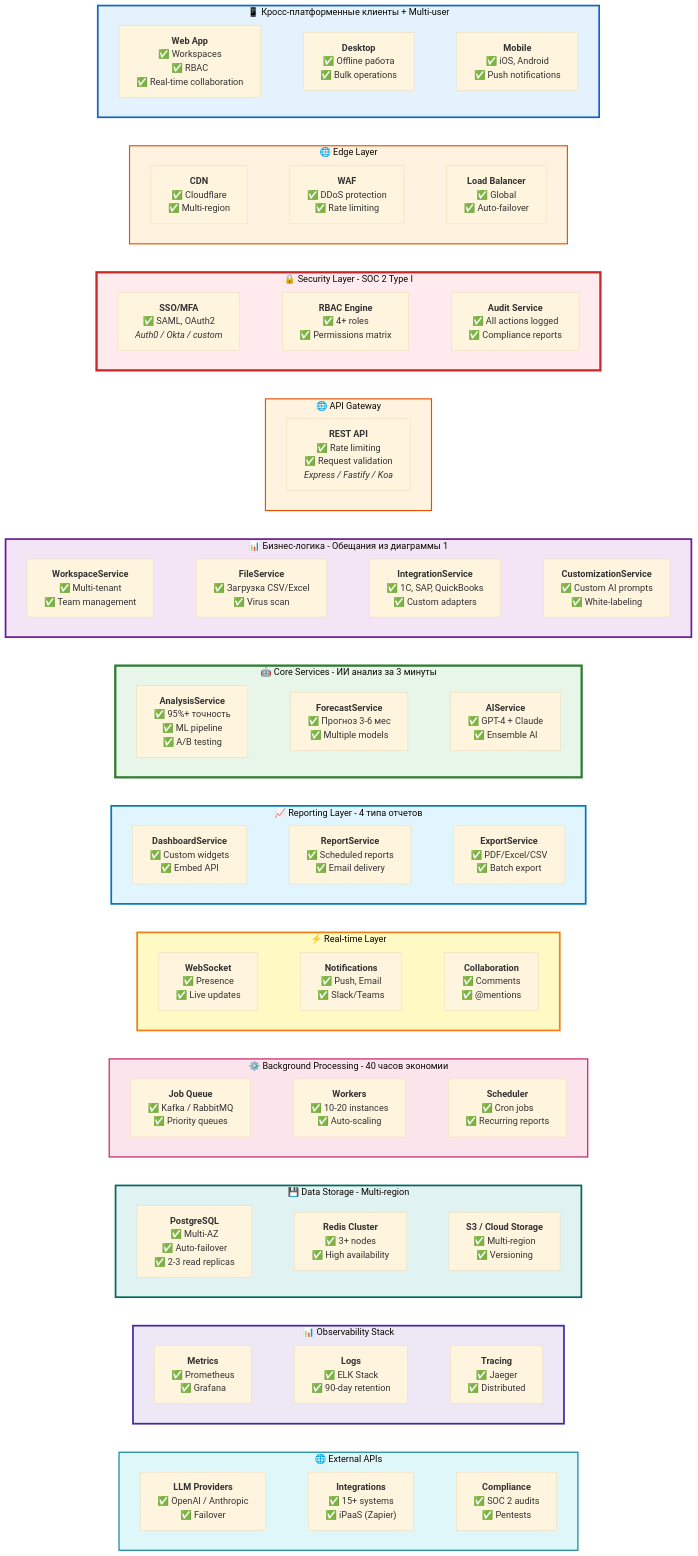
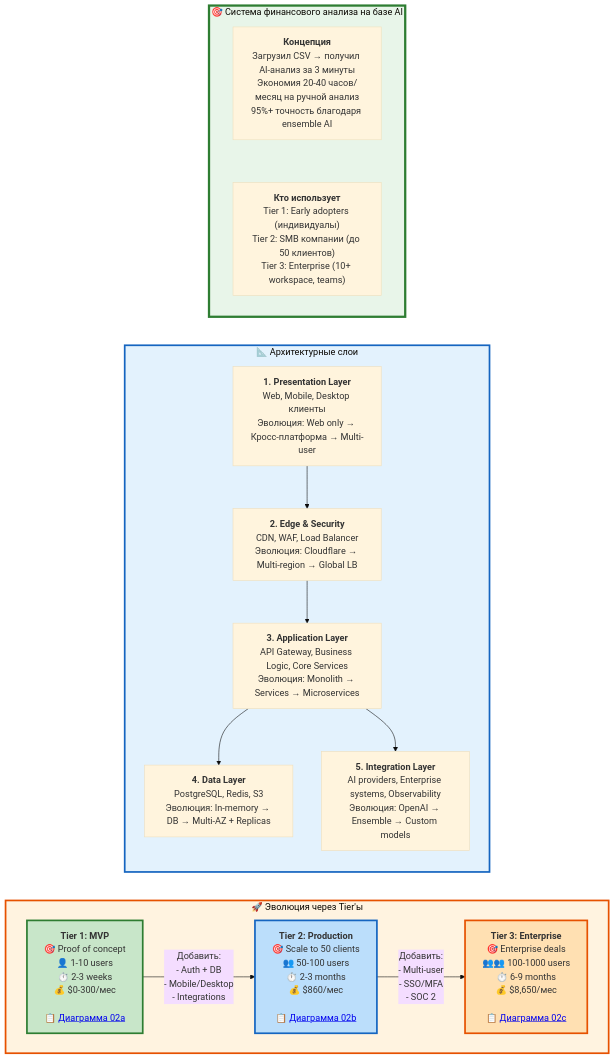
One commit to Ne4to777/financial-ai-analytics changed the diagram in mindmap/diagrams/02-system-architecture.md. Above: the diagram before and after it, drawn with Mermaid (base theme). The commit also changed other lines of this file, not shown here.

First line of the commit message:
refactor: rewrite 02-system-architecture.md as high-level overview

````diff
--- a/mindmap/diagrams/02-system-architecture.md
+++ b/mindmap/diagrams/02-system-architecture.md
@@ -5,150 +9,59 @@
 ```mermaid
 graph TB
-    subgraph clients ["📱 Кросс-платформенные клиенты + Multi-user"]
-        direction LR
-        web["<b>Web App</b><br/>✅ Workspaces<br/>✅ RBAC<br/>✅ Real-time collaboration"]
-        desktop["<b>Desktop</b><br/>✅ Offline работа<br/>✅ Bulk operations"]
-        mobile["<b>Mobile</b><br/>✅ iOS, Android<br/>✅ Push notifications"]
+    subgraph overview ["🎯 Система финансового анализа на базе AI"]
+        direction TB
         
-        web ~~~ desktop ~~~ mobile
+        concept["<b>Концепция</b><br/>Загрузил CSV → получил AI-анализ за 3 минуты<br/>Экономия 20-40 часов/месяц на ручной анализ<br/>95%+ точность благодаря ensemble AI"]
+        
+        users["<b>Кто использует</b><br/>Tier 1: Early adopters (индивидуалы)<br/>Tier 2: SMB компании (до 50 клиентов)<br/>Tier 3: Enterprise (10+ workspace, teams)"]
+        
+        concept ~~~ users
     end
     
-    clients ~~~ edge
+    overview ~~~ layers
     
-    subgraph edge ["🌐 Edge Layer"]
-        direction LR
-        cdn["<b>CDN</b><br/>✅ Cloudflare<br/>✅ Multi-region"]
-        waf["<b>WAF</b><br/>✅ DDoS protection<br/>✅ Rate limiting"]
-        lb["<b>Load Balancer</b><br/>✅ Global<br/>✅ Auto-failover"]
+    subgraph layers ["📐 Архитектурные слои"]
+        direction TB
         
-        cdn ~~~ waf ~~~ lb
+        presentation["<b>1. Presentation Layer</b><br/>Web, Mobile, Desktop клиенты<br/>Эволюция: Web only → Кросс-платформа → Multi-user"]
+        
+        edge["<b>2. Edge & Security</b><br/>CDN, WAF, Load Balancer<br/>Эволюция: Cloudflare → Multi-region → Global LB"]
+        
+        application["<b>3. Application Layer</b><br/>API Gateway, Business Logic, Core Services<br/>Эволюция: Monolith → Services → Microservices"]
+        
+        data["<b>4. Data Layer</b><br/>PostgreSQL, Redis, S3<br/>Эволюция: In-memory → DB → Multi-AZ + Replicas"]
+        
+        integration["<b>5. Integration Layer</b><br/>AI providers, Enterprise systems, Observability<br/>Эволюция: OpenAI → Ensemble → Custom models"]
+        
+        presentation --> edge
+        edge --> application
+        application --> data
+        application --> integration
     end
     
-    edge ~~~ security
+    layers ~~~ tiers
     
-    subgraph security ["🔒 Security Layer - SOC 2 Type I"]
+    subgraph tiers ["🚀 Эволюция через Tier'ы"]
         direction LR
-        sso["<b>SSO/MFA</b><br/>✅ SAML, OAuth2<br/><i>Auth0 / Okta / custom</i>"]
-        rbac["<b>RBAC Engine</b><br/>✅ 4+ roles<br/>✅ Permissions matrix"]
-        audit["<b>Audit Service</b><br/>✅ All actions logged<br/>✅ Compliance reports"]
         
-        sso ~~~ rbac ~~~ audit
+        tier1["<b>Tier 1: MVP</b><br/>🎯 Proof of concept<br/>👤 1-10 users<br/>⏱️ 2-3 weeks<br/>💰 $0-300/мес<br/><br/>📋 <a href='?diagram=02a'>Диаграмма 02a</a>"]
+        
+        tier2["<b>Tier 2: Production</b><br/>🎯 Scale to 50 clients<br/>👥 50-100 users<br/>⏱️ 2-3 months<br/>💰 $860/мес<br/><br/>📋 <a href='?diagram=02b'>Диаграмма 02b</a>"]
+        
+        tier3["<b>Tier 3: Enterprise</b><br/>🎯 Enterprise deals<br/>👥👥 100-1000 users<br/>⏱️ 6-9 months<br/>💰 $8,650/мес<br/><br/>📋 <a href='?diagram=02c'>Диаграмма 02c</a>"]
+        
+        tier1 -->|"Добавить:<br/>- Auth + DB<br/>- Mobile/Desktop<br/>- Integrations"| tier2
+        tier2 -->|"Добавить:<br/>- Multi-user<br/>- SSO/MFA<br/>- SOC 2"| tier3
     end
     
-    security ~~~ api
+    click tier1 "?diagram=02a" "Перейти к Tier 1 MVP"
+    click tier2 "?diagram=02b" "Перейти к Tier 2 Production"
+    click tier3 "?diagram=02c" "Перейти к Tier 3 Enterprise"
     
-    subgraph api ["🌐 API Gateway"]
-        direction LR
-        routes["<b>REST API</b><br/>✅ Rate limiting<br/>✅ Request validation<br/><i>Express / Fastify / Koa</i>"]
-    end
-    
-    api ~~~ businessLogic
-    
-    subgraph businessLogic ["📊 Бизнес-логика - Обещания из диаграммы 1"]
-        direction LR
-        
-        workspace["<b>WorkspaceService</b><br/>✅ Multi-tenant<br/>✅ Team management"]
-        upload["<b>FileService</b><br/>✅ Загрузка CSV/Excel<br/>✅ Virus scan"]
-        integration["<b>IntegrationService</b><br/>✅ 1C, SAP, QuickBooks<br/>✅ Custom adapters"]
-        custom["<b>CustomizationService</b><br/>✅ Custom AI prompts<br/>✅ White-labeling"]
-        
-        workspace ~~~ upload ~~~ integration ~~~ custom
-    end
-    
-    businessLogic ~~~ coreServices
-    
-    subgraph coreServices ["🤖 Core Services - ИИ анализ за 3 минуты"]
-        direction LR
-        
-        analysis["<b>AnalysisService</b><br/>✅ 95%+ точность<br/>✅ ML pipeline<br/>✅ A/B testing"]
-        forecast["<b>ForecastService</b><br/>✅ Прогноз 3-6 мес<br/>✅ Multiple models"]
-        ai["<b>AIService</b><br/>✅ GPT-4 + Claude<br/>✅ Ensemble AI"]
-        
-        analysis ~~~ forecast ~~~ ai
-    end
-    
-    coreServices ~~~ reporting
-    
-    subgraph reporting ["📈 Reporting Layer - 4 типа отчетов"]
-        direction LR
-        
-        dashboard["<b>DashboardService</b><br/>✅ Custom widgets<br/>✅ Embed API"]
-        reports["<b>ReportService</b><br/>✅ Scheduled reports<br/>✅ Email delivery"]
-        export["<b>ExportService</b><br/>✅ PDF/Excel/CSV<br/>✅ Batch export"]
-        
-        dashboard ~~~ reports ~~~ export
-    end
-    
-    reporting ~~~ realtime
-    
-    subgraph realtime ["⚡ Real-time Layer"]
-        direction LR
-        
-        ws["<b>WebSocket</b><br/>✅ Presence<br/>✅ Live updates"]
-        notifications["<b>Notifications</b><br/>✅ Push, Email<br/>✅ Slack/Teams"]
-        collab["<b>Collaboration</b><br/>✅ Comments<br/>✅ @mentions"]
-        
-        ws ~~~ notifications ~~~ collab
-    end
-    
-    realtime ~~~ queue
-    
-    subgraph queue ["⚙️ Background Processing - 40 часов экономии"]
-        direction LR
-        
-        jobs["<b>Job Queue</b><br/>✅ Kafka / RabbitMQ<br/>✅ Priority queues"]
-        workers["<b>Workers</b><br/>✅ 10-20 instances<br/>✅ Auto-scaling"]
-        scheduler["<b>Scheduler</b><br/>✅ Cron jobs<br/>✅ Recurring reports"]
-        
-        jobs ~~~ workers ~~~ scheduler
-    end
-    
-    queue ~~~ storage
-    
-    subgraph storage ["💾 Data Storage - Multi-region"]
-        direction LR
-        
-        db["<b>PostgreSQL</b><br/>✅ Multi-AZ<br/>✅ Auto-failover<br/>✅ 2-3 read replicas"]
-        redis["<b>Redis Cluster</b><br/>✅ 3+ nodes<br/>✅ High availability"]
-        s3["<b>S3 / Cloud Storage</b><br/>✅ Multi-region<br/>✅ Versioning"]
-        
-        db ~~~ redis ~~~ s3
-    end
-    
-    storage ~~~ monitoring
-    
-    subgraph monitoring ["📊 Observability Stack"]
-        direction LR
-        
-        metrics["<b>Metrics</b><br/>✅ Prometheus<br/>✅ Grafana"]
-        logs["<b>Logs</b><br/>✅ ELK Stack<br/>✅ 90-day retention"]
-        traces["<b>Tracing</b><br/>✅ Jaeger<br/>✅ Distributed"]
-        
-        metrics ~~~ logs ~~~ traces
-    end
-    
-    monitoring ~~~ external
-    
-    subgraph external ["🌐 External APIs"]
-        direction LR
-        
-        llm["<b>LLM Providers</b><br/>✅ OpenAI / Anthropic<br/>✅ Failover"]
-        integrations["<b>Integrations</b><br/>✅ 15+ systems<br/>✅ iPaaS (Zapier)"]
-        compliance["<b>Compliance</b><br/>✅ SOC 2 audits<br/>✅ Pentests"]
-        
-        llm ~~~ integrations ~~~ compliance
-    end
-    
-    style clients fill:#e3f2fd,stroke:#1565c0,stroke-width:3px
-    style edge fill:#fff3e0,stroke:#e65100,stroke-width:2px
-    style security fill:#ffebee,stroke:#c62828,stroke-width:4px
-    style api fill:#fff3e0,stroke:#e65100,stroke-width:2px
-    style businessLogic fill:#f3e5f5,stroke:#6a1b9a,stroke-width:3px
-    style coreServices fill:#e8f5e9,stroke:#2e7d32,stroke-width:4px
-    style reporting fill:#e1f5fe,stroke:#0277bd,stroke-width:3px
-    style realtime fill:#fff9c4,stroke:#f57f17,stroke-width:3px
-    style queue fill:#fce4ec,stroke:#c2185b,stroke-width:2px
-    style storage fill:#e0f2f1,stroke:#00695c,stroke-width:3px
-    style monitoring fill:#ede7f6,stroke:#4527a0,stroke-width:3px
-    style external fill:#e0f7fa,stroke:#00838f,stroke-width:2px
+    style overview fill:#e8f5e9,stroke:#2e7d32,stroke-width:4px
+    style layers fill:#e3f2fd,stroke:#1565c0,stroke-width:3px
+    style tiers fill:#fff3e0,stroke:#e65100,stroke-width:3px
+    style tier1 fill:#c8e6c9,stroke:#2e7d32,stroke-width:3px,cursor:pointer
+    style tier2 fill:#bbdefb,stroke:#1565c0,stroke-width:3px,cursor:pointer
+    style tier3 fill:#ffe0b2,stroke:#e65100,stroke-width:3px,cursor:pointer
 ```
````
